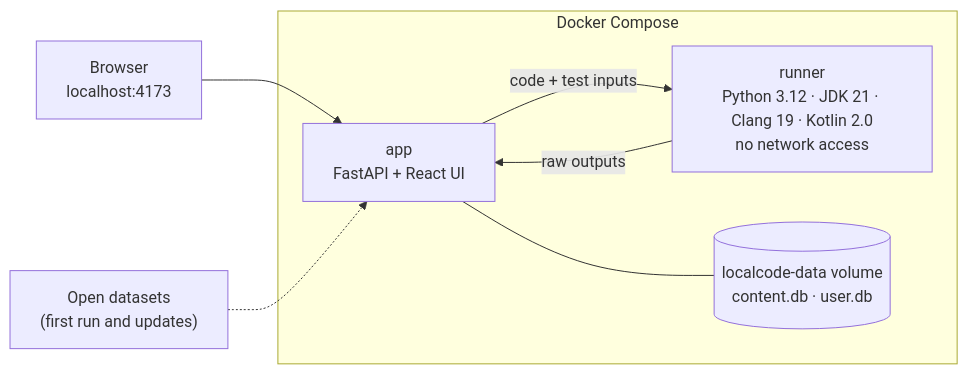
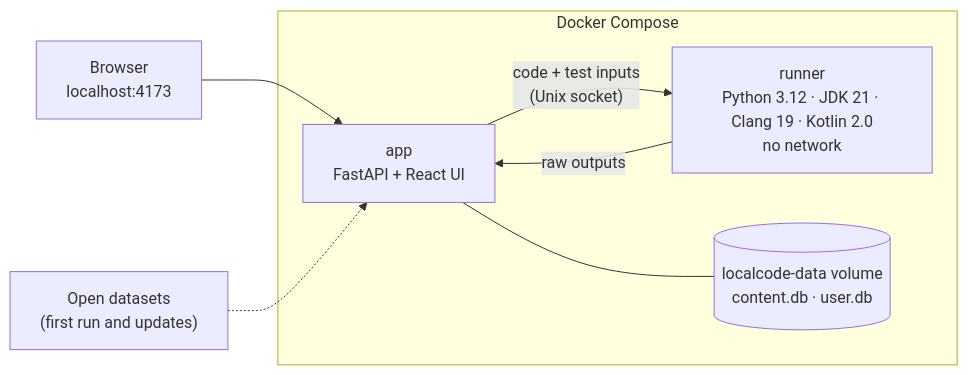
Before and after one commit to RyPope/localcode: the first of 2 diagrams in README.md, drawn with Mermaid. The commit also changed other lines of this file and 3 other files, not shown here.

````diff
--- a/README.md
+++ b/README.md
@@ -92,13 +93,13 @@
 ```mermaid
 flowchart LR
     B["Browser<br/>localhost:4173"] --> A
     subgraph Docker["Docker Compose"]
         A["app<br/>FastAPI + React UI"]
-        R["runner<br/>Python 3.12 · JDK 21 · Clang 19 · Kotlin 2.0<br/>no network access"]
+        R["runner<br/>Python 3.12 · JDK 21 · Clang 19 · Kotlin 2.0<br/>no network"]
         D[("localcode-data volume<br/>content.db · user.db")]
-        A -- "code + test inputs" --> R
+        A -- "code + test inputs<br/>(Unix socket)" --> R
         R -- "raw outputs" --> A
         A --- D
     end
     S["Open datasets<br/>(first run and updates)"] -.-> A
 ```
````
